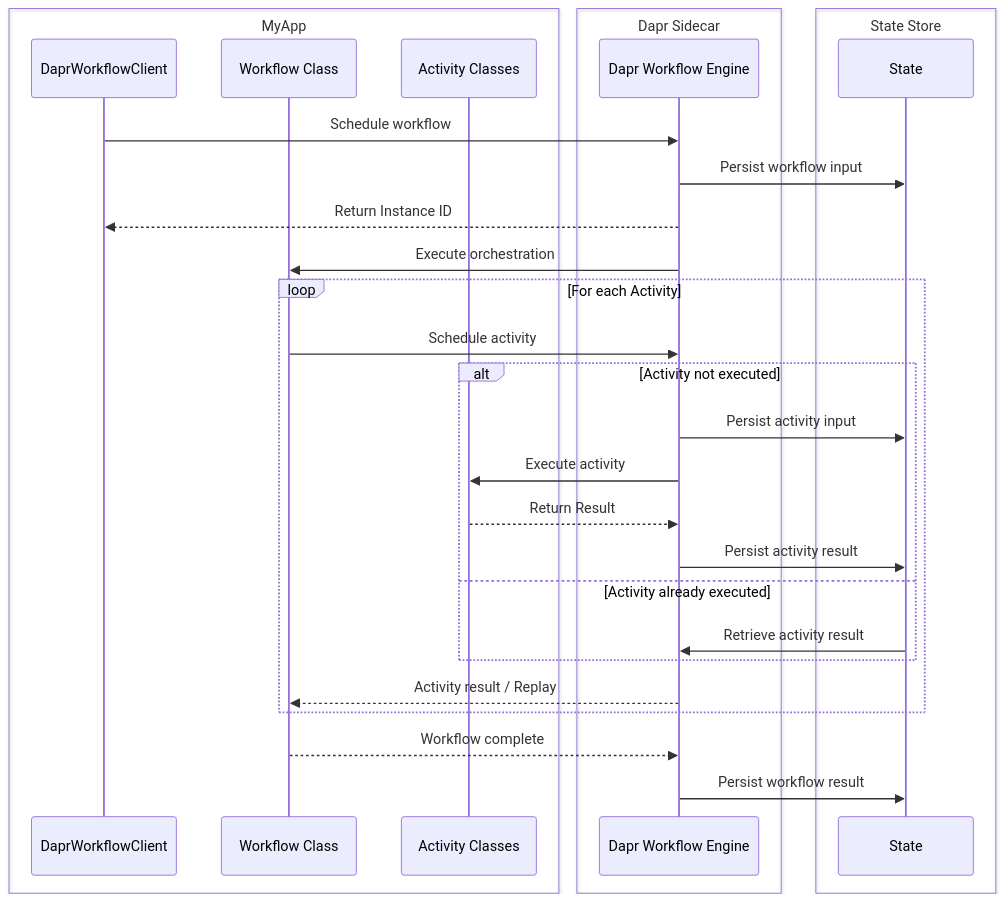
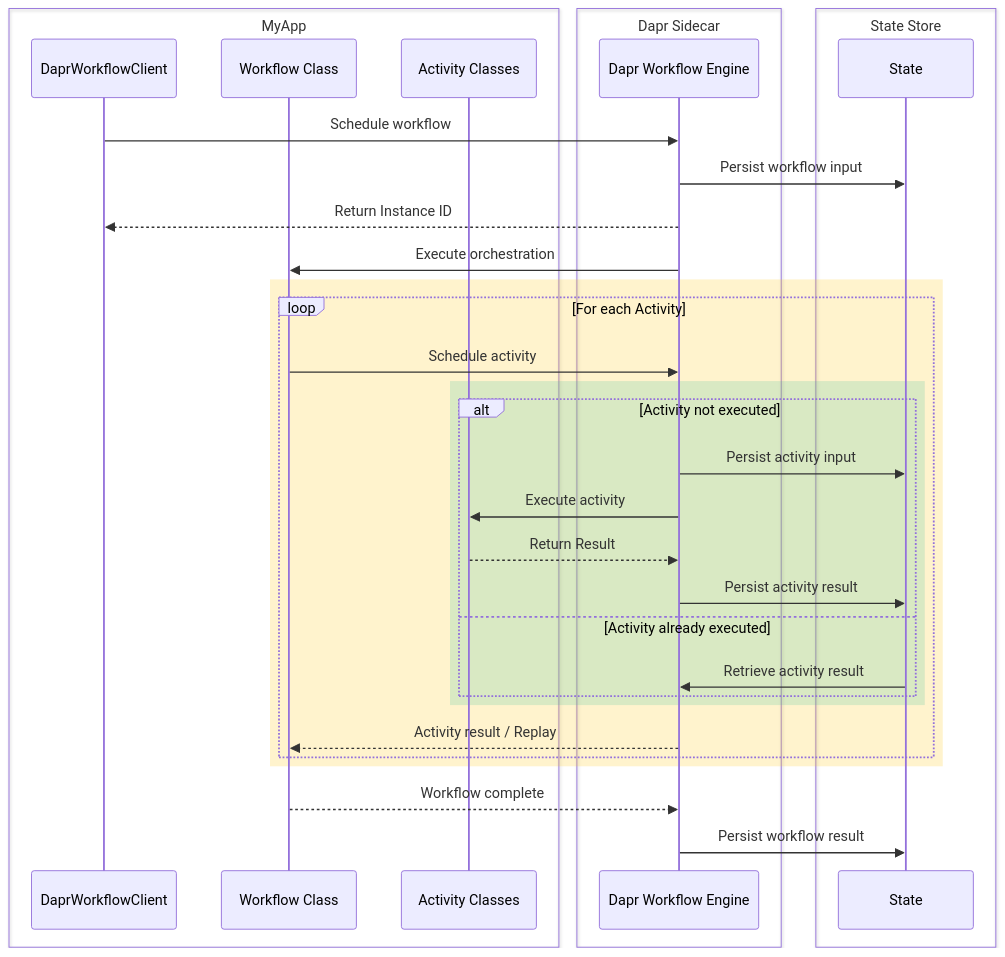
One commit to diagrid-labs/dapr-workflow-concerto changed the diagram in .demo/slides/02-dapr-workflow/05-workflow-sequence-diagram.md. Above: the diagram before and after it, drawn with Mermaid. The commit also changed 8 other files, not shown here.

Commit message:
Update mermaid styles

````diff
--- a/.demo/slides/02-dapr-workflow/05-workflow-sequence-diagram.md
+++ b/.demo/slides/02-dapr-workflow/05-workflow-sequence-diagram.md
@@ -7,33 +7,37 @@
 ```mermaid
 sequenceDiagram
     box MyApp
         participant Client as DaprWorkflowClient
         participant Workflow as Workflow Class
         participant Activity as Activity Classes
     end
     box Dapr Sidecar
         participant Engine as Dapr Workflow Engine
     end
     box State Store 
         participant State as State
     end
 
     Client->>Engine: Schedule workflow
     Engine->>State: Persist workflow input
     Engine-->>Client: Return Instance ID
     Engine->>Workflow: Execute orchestration
+    rect rgba(255, 193, 7, 0.2)
     loop For each Activity
         Workflow->>Engine: Schedule activity
+        rect rgba(65, 189, 155, 0.2)
         alt Activity not executed
         Engine->>State: Persist activity input
         Engine->>Activity: Execute activity
         Activity-->>Engine: Return Result
         Engine->>State: Persist activity result
         else Activity already  executed
             State->>Engine: Retrieve activity result
         end
+        end
         Engine-->>Workflow: Activity result / Replay
+    end
     end
     Workflow-->>Engine: Workflow complete
     Engine->>State: Persist workflow result
 ```
````
